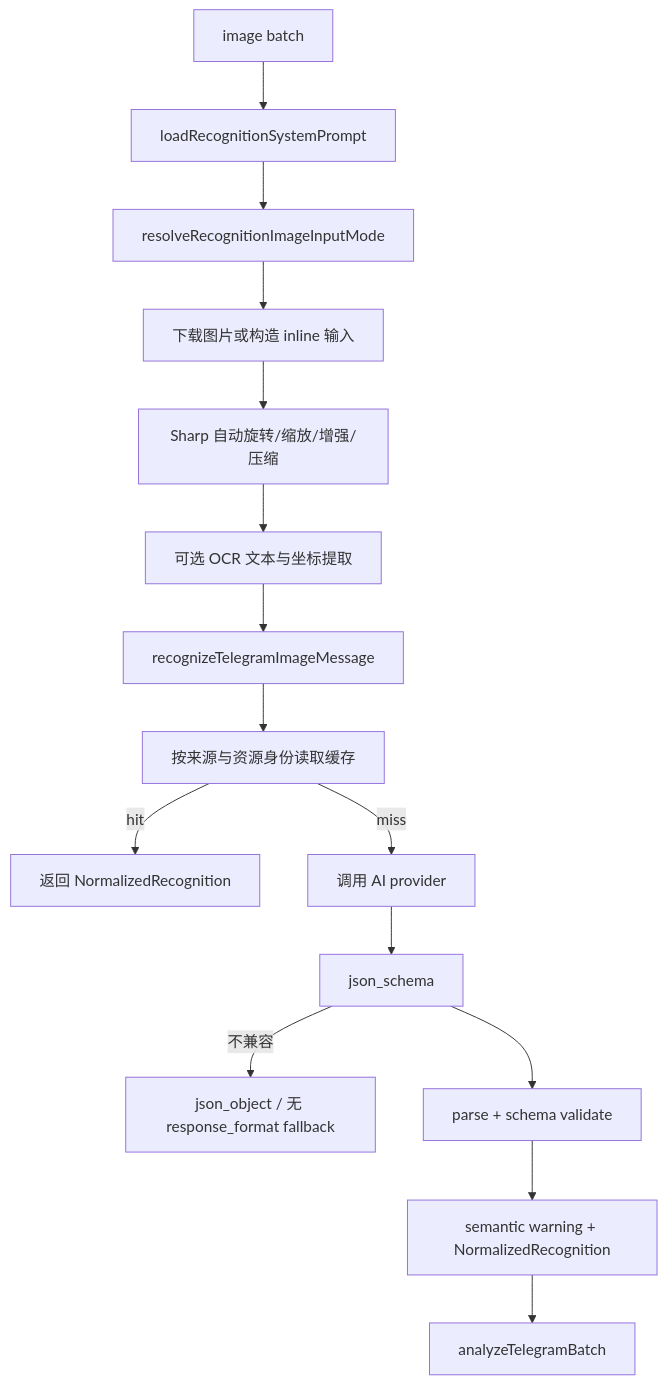
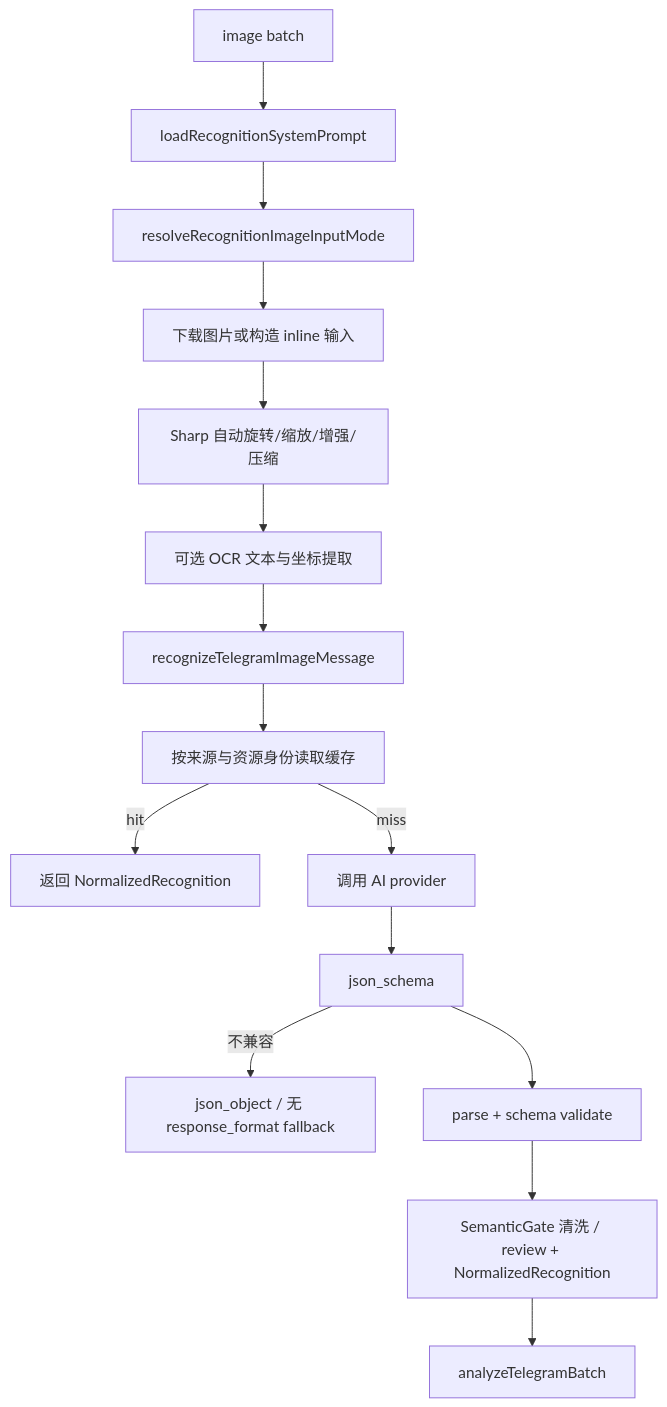
One commit to soulgo/training_records changed the diagram in docs/02_系统核心逻辑/图片识别逻辑.md. Above: the diagram before and after it, drawn with Mermaid. The commit also changed other lines of this file and 167 other files, not shown here.

````diff
--- a/docs/02_系统核心逻辑/图片识别逻辑.md
+++ b/docs/02_系统核心逻辑/图片识别逻辑.md
@@ -5,17 +5,17 @@
 ```mermaid
 flowchart TD
   A[image batch] --> B[loadRecognitionSystemPrompt]
   B --> C[resolveRecognitionImageInputMode]
   C --> D[下载图片或构造 inline 输入]
   D --> E[Sharp 自动旋转/缩放/增强/压缩]
   E --> F[可选 OCR 文本与坐标提取]
   F --> G[recognizeTelegramImageMessage]
   G --> H[按来源与资源身份读取缓存]
   H -->|hit| I[返回 NormalizedRecognition]
   H -->|miss| J[调用 AI provider]
   J --> K[json_schema]
   K -->|不兼容| L[json_object / 无 response_format fallback]
   K --> M[parse + schema validate]
-  M --> N[semantic warning + NormalizedRecognition]
+  M --> N[SemanticGate 清洗 / review + NormalizedRecognition]
   N --> O[analyzeTelegramBatch]
 ```
````
